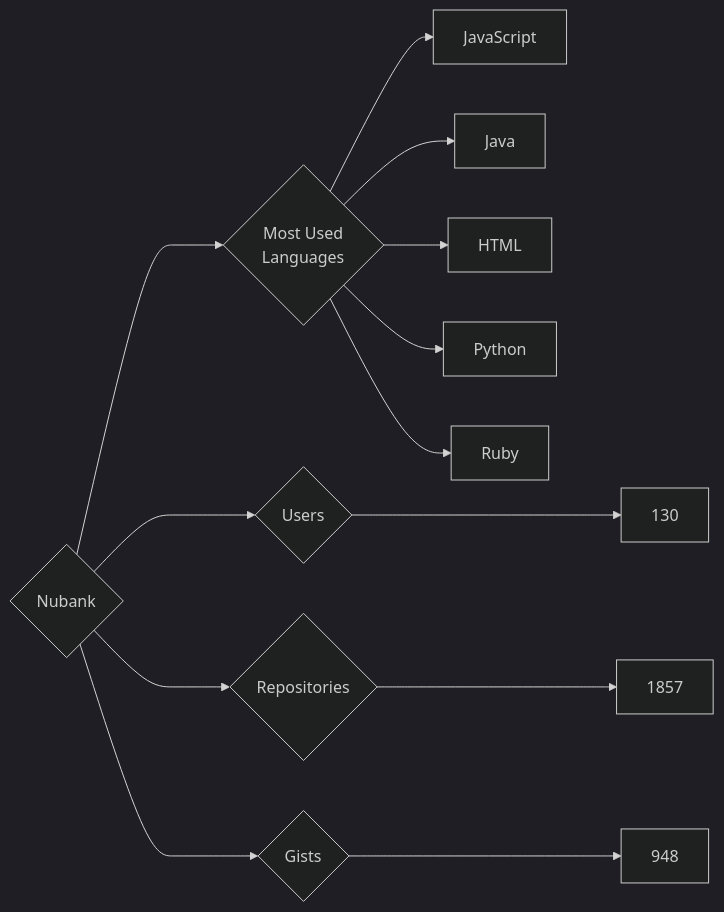
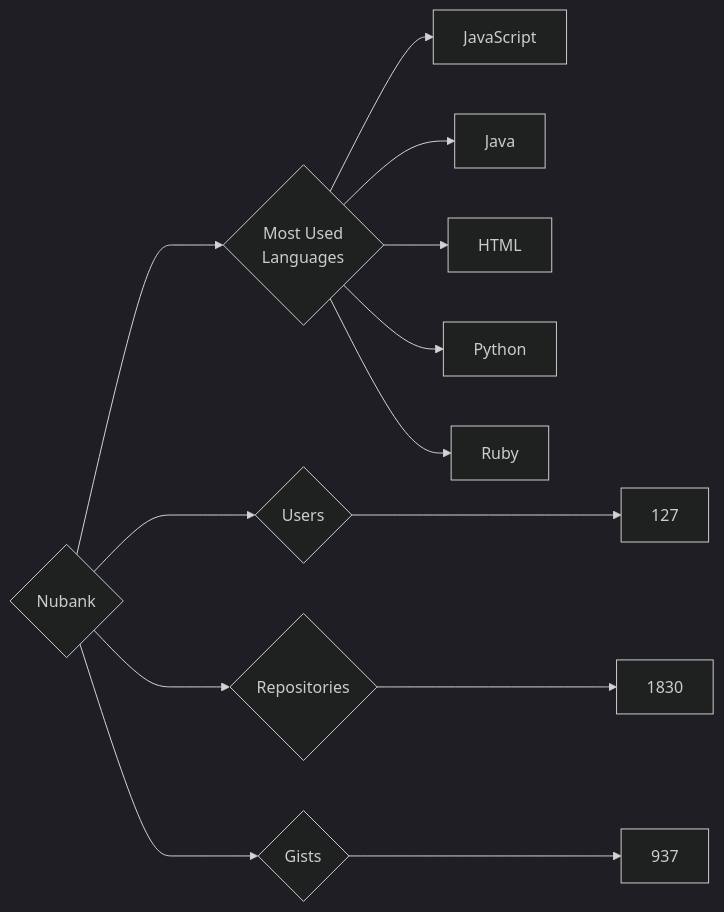
One commit to trickest/insiders changed the diagram in targets/Nubank/README.md. Above: the diagram before and after it, drawn with Mermaid (dark theme). The commit also changed 964 other files, not shown here.

````diff
--- a/targets/Nubank/README.md
+++ b/targets/Nubank/README.md
@@ -3,13 +3,13 @@
 ```mermaid
 graph LR
 COMPANY_NAME{Nubank}
-COMPANY_NAME ---> U{Users} ---> UN[130]
-COMPANY_NAME ---> R{Repositories} ---> RN[1857]
-COMPANY_NAME ---> G{Gists} ---> GN[948]
+COMPANY_NAME ---> U{Users} ---> UN[127]
+COMPANY_NAME ---> R{Repositories} ---> RN[1830]
+COMPANY_NAME ---> G{Gists} ---> GN[937]
 COMPANY_NAME ---> ML{Most Used<br>Languages}
 ML --> JavaScript[JavaScript]
 ML --> Java[Java]
 ML --> HTML[HTML]
 ML --> Python[Python]
 ML --> Ruby[Ruby]
 ```
````
